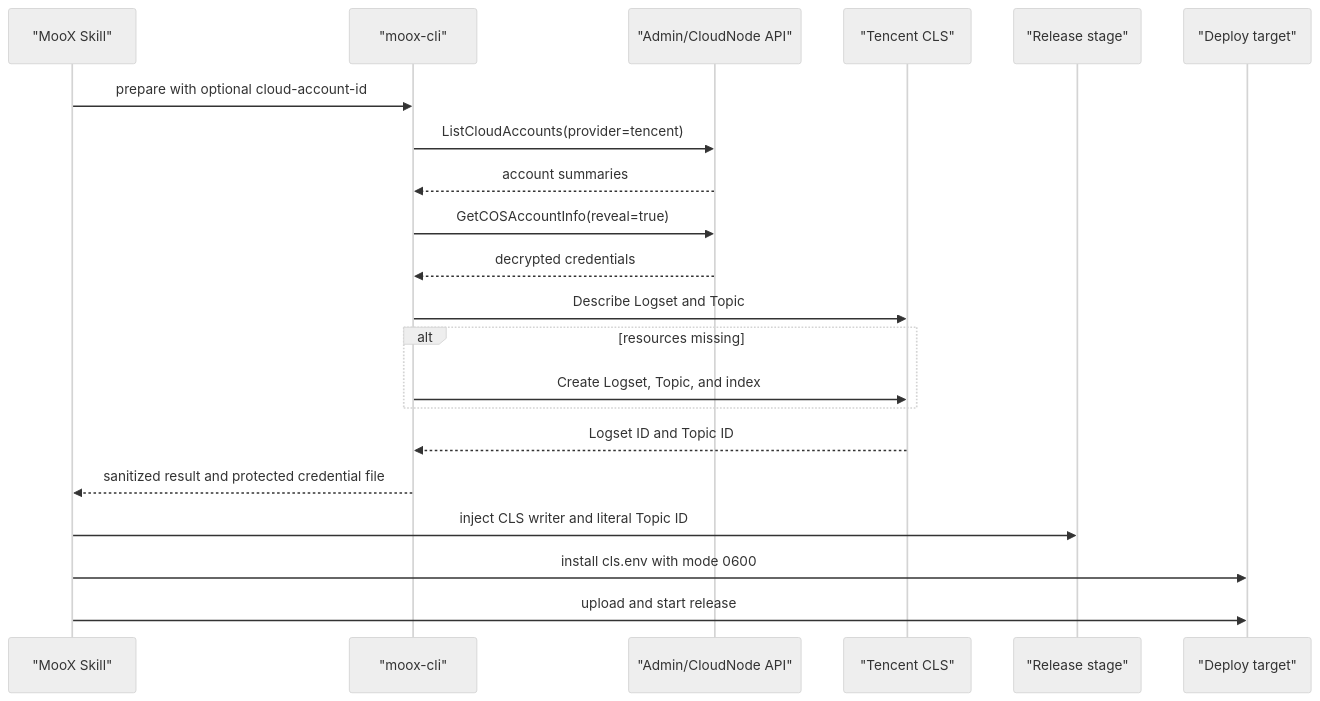
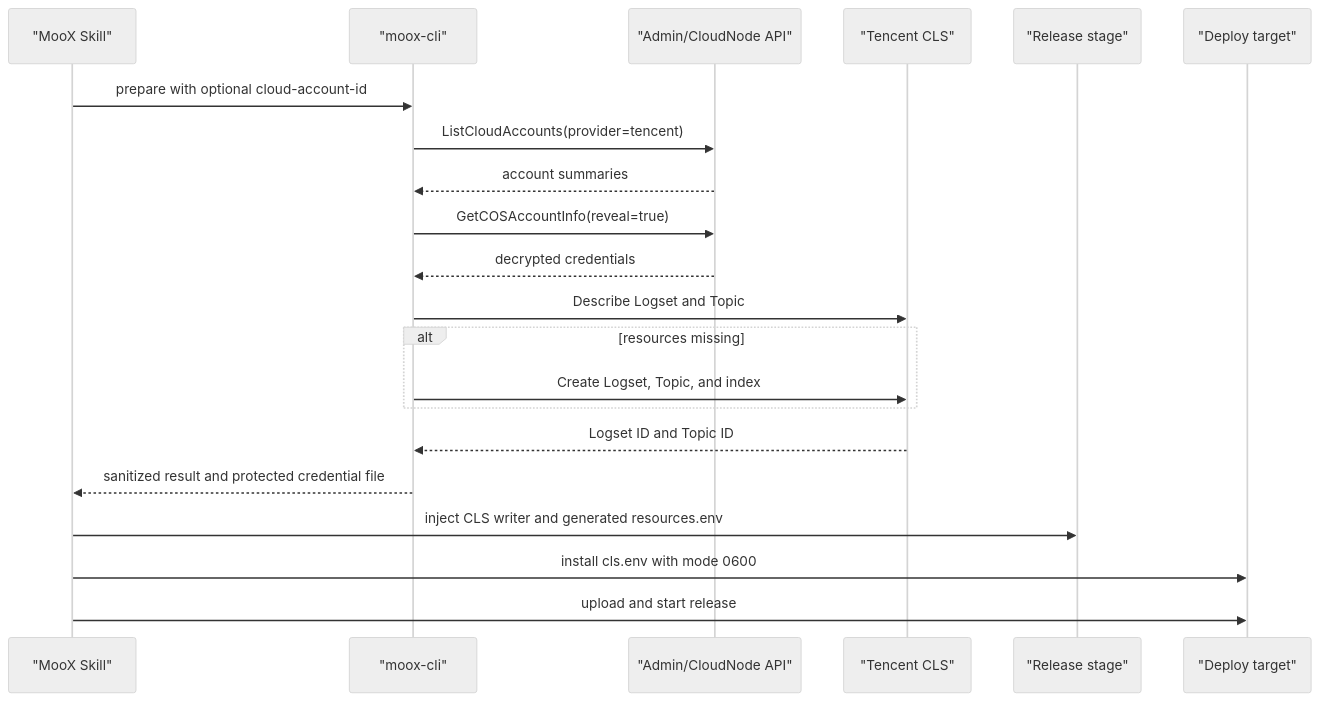
The diagram in docs/superpowers/specs/2026-07-13-cls-predeploy-bootstrap-design.md (mooyang-code/moox), drawn with Mermaid (neutral theme) before and after one commit. The commit also changed other lines of this file and 91 other files, not shown here.

First line of the commit message:
feat: 完善 MooX 运维与视图重建能力

````diff
--- a/docs/superpowers/specs/2026-07-13-cls-predeploy-bootstrap-design.md
+++ b/docs/superpowers/specs/2026-07-13-cls-predeploy-bootstrap-design.md
@@ -68,24 +69,24 @@
 ```mermaid
 sequenceDiagram
     participant Skill as "MooX Skill"
     participant CLI as "moox-cli"
     participant Admin as "Admin/CloudNode API"
     participant CLS as "Tencent CLS"
     participant Stage as "Release stage"
     participant Target as "Deploy target"
 
     Skill->>CLI: prepare with optional cloud-account-id
     CLI->>Admin: ListCloudAccounts(provider=tencent)
     Admin-->>CLI: account summaries
     CLI->>Admin: GetCOSAccountInfo(reveal=true)
     Admin-->>CLI: decrypted credentials
     CLI->>CLS: Describe Logset and Topic
     alt resources missing
         CLI->>CLS: Create Logset, Topic, and index
     end
     CLS-->>CLI: Logset ID and Topic ID
     CLI-->>Skill: sanitized result and protected credential file
-    Skill->>Stage: inject CLS writer and literal Topic ID
+    Skill->>Stage: inject CLS writer and generated resources.env
     Skill->>Target: install cls.env with mode 0600
     Skill->>Target: upload and start release
 ```
````
